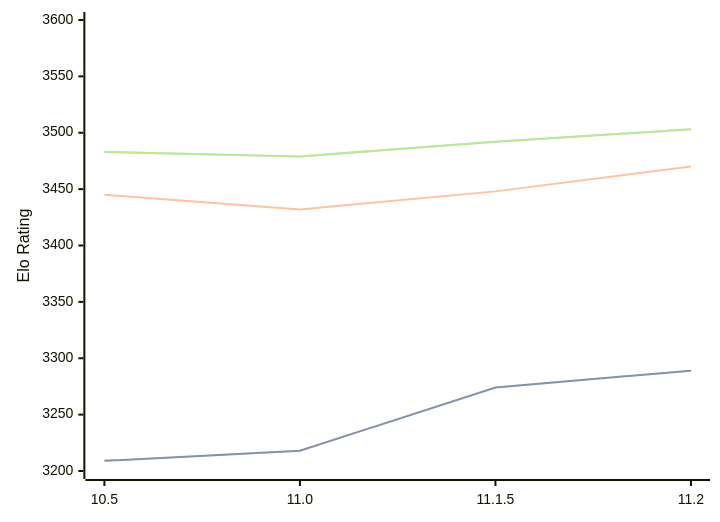
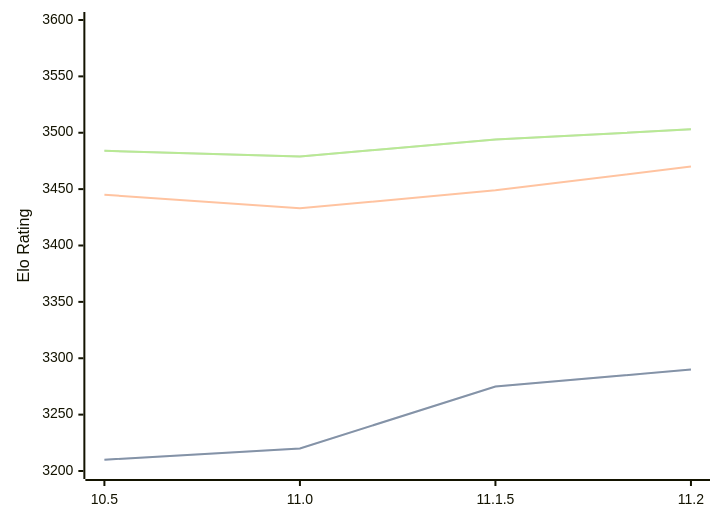
One commit to computer-chess-index/cci changed the diagram in engines/Lizard.md. Above: the diagram before and after it, drawn with Mermaid. The commit also changed other lines of this file, not shown here.

Commit message:
Update CCI Ratings (ELO VLTC) - 2026-07-23

````diff
--- a/engines/Lizard.md
+++ b/engines/Lizard.md
@@ -46,11 +46,11 @@
 ```mermaid
 %%{init: {"theme":"base","themeVariables":{"seriesColors:['#a3a3a3','#222221','#faa371']}}}%%
 xychart-beta
   x-axis ["10.5", "11.0", "11.1.5", "11.2"]
   y-axis "Elo Rating" 3200 --> 3600
-  line "STC (8.0+0.08s)" [3209, 3218, 3274, 3289]
-  line "STC (8.0+0.08s)" [3209, 3218, 3274, 3289]
-  line "LTC (60.0+0.60s)" [3445, 3432, 3448, 3470]
-  line "VLTC (2m24s+1.12s)" [3483, 3479, 3492, 3503]
-  line "VLTC (2m24s+1.12s)" [3483, 3479, 3492, 3503]
+  line "STC (8.0+0.08s)" [3210, 3220, 3275, 3290]
+  line "STC (8.0+0.08s)" [3210, 3220, 3275, 3290]
+  line "LTC (60.0+0.60s)" [3445, 3433, 3449, 3470]
+  line "VLTC (2m24s+1.12s)" [3484, 3479, 3494, 3503]
+  line "VLTC (2m24s+1.12s)" [3484, 3479, 3494, 3503]
 ```
````
